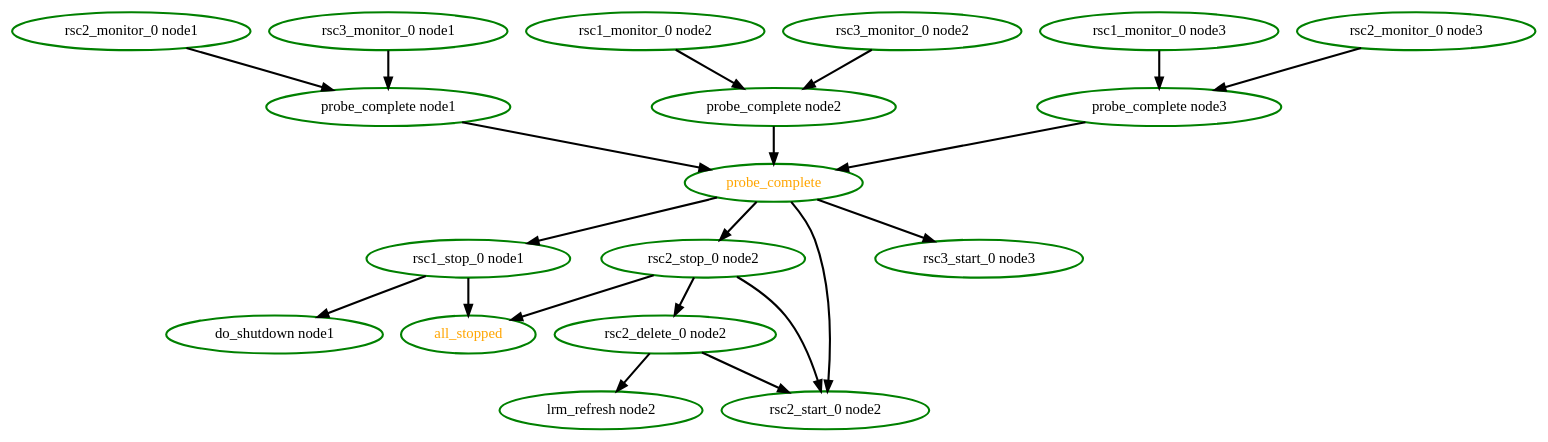
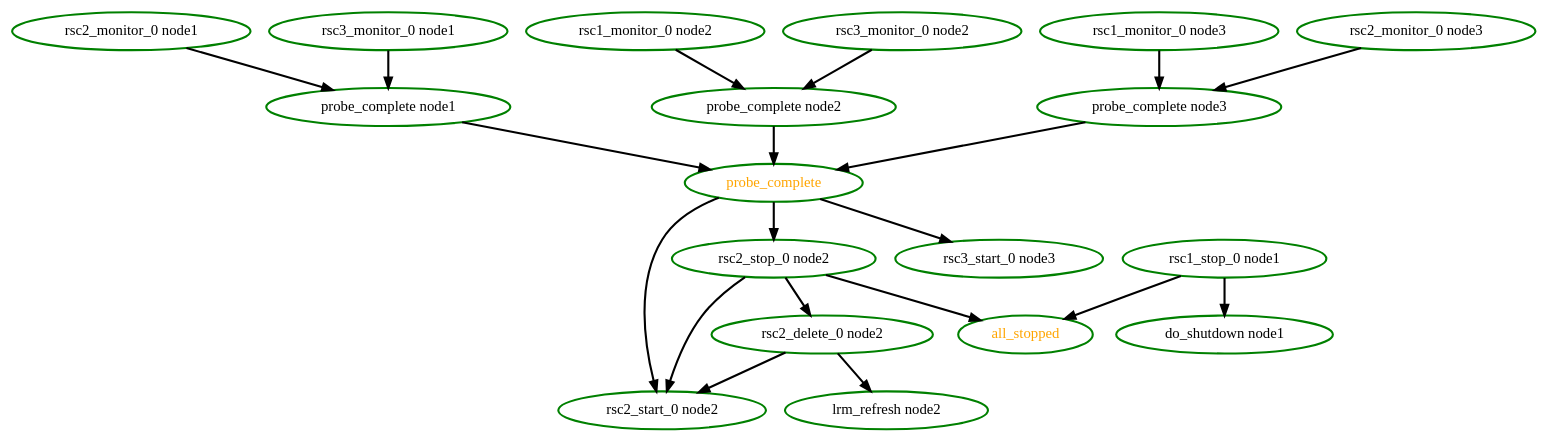
One commit to ClusterLabs/pacemaker changed the diagram in pengine/test10/params-2.dot. Above: the diagram before and after it, drawn with Graphviz. The commit also changed 17 other files, not shown here.

```diff
--- a/pengine/test10/params-2.dot
+++ b/pengine/test10/params-2.dot
@@ -1,40 +1,39 @@
  digraph "g" {
 "all_stopped" [ style=bold color="green" fontcolor="orange" ]
 "do_shutdown node1" [ style=bold color="green" fontcolor="black" ]
 "lrm_refresh node2" [ style=bold color="green" fontcolor="black" ]
 "probe_complete node1" -> "probe_complete" [ style = bold]
 "probe_complete node1" [ style=bold color="green" fontcolor="black" ]
 "probe_complete node2" -> "probe_complete" [ style = bold]
 "probe_complete node2" [ style=bold color="green" fontcolor="black" ]
 "probe_complete node3" -> "probe_complete" [ style = bold]
 "probe_complete node3" [ style=bold color="green" fontcolor="black" ]
-"probe_complete" -> "rsc1_stop_0 node1" [ style = bold]
 "probe_complete" -> "rsc2_start_0 node2" [ style = bold]
 "probe_complete" -> "rsc2_stop_0 node2" [ style = bold]
 "probe_complete" -> "rsc3_start_0 node3" [ style = bold]
 "probe_complete" [ style=bold color="green" fontcolor="orange" ]
 "rsc1_monitor_0 node2" -> "probe_complete node2" [ style = bold]
 "rsc1_monitor_0 node2" [ style=bold color="green" fontcolor="black" ]
 "rsc1_monitor_0 node3" -> "probe_complete node3" [ style = bold]
 "rsc1_monitor_0 node3" [ style=bold color="green" fontcolor="black" ]
 "rsc1_stop_0 node1" -> "all_stopped" [ style = bold]
 "rsc1_stop_0 node1" -> "do_shutdown node1" [ style = bold]
 "rsc1_stop_0 node1" [ style=bold color="green" fontcolor="black" ]
 "rsc2_delete_0 node2" -> "lrm_refresh node2" [ style = bold]
 "rsc2_delete_0 node2" -> "rsc2_start_0 node2" [ style = bold]
 "rsc2_delete_0 node2" [ style=bold color="green" fontcolor="black" ]
 "rsc2_monitor_0 node1" -> "probe_complete node1" [ style = bold]
 "rsc2_monitor_0 node1" [ style=bold color="green" fontcolor="black" ]
 "rsc2_monitor_0 node3" -> "probe_complete node3" [ style = bold]
 "rsc2_monitor_0 node3" [ style=bold color="green" fontcolor="black" ]
 "rsc2_start_0 node2" [ style=bold color="green" fontcolor="black" ]
 "rsc2_stop_0 node2" -> "all_stopped" [ style = bold]
 "rsc2_stop_0 node2" -> "rsc2_delete_0 node2" [ style = bold]
 "rsc2_stop_0 node2" -> "rsc2_start_0 node2" [ style = bold]
 "rsc2_stop_0 node2" [ style=bold color="green" fontcolor="black" ]
 "rsc3_monitor_0 node1" -> "probe_complete node1" [ style = bold]
 "rsc3_monitor_0 node1" [ style=bold color="green" fontcolor="black" ]
 "rsc3_monitor_0 node2" -> "probe_complete node2" [ style = bold]
 "rsc3_monitor_0 node2" [ style=bold color="green" fontcolor="black" ]
 "rsc3_start_0 node3" [ style=bold color="green" fontcolor="black" ]
 }
```
